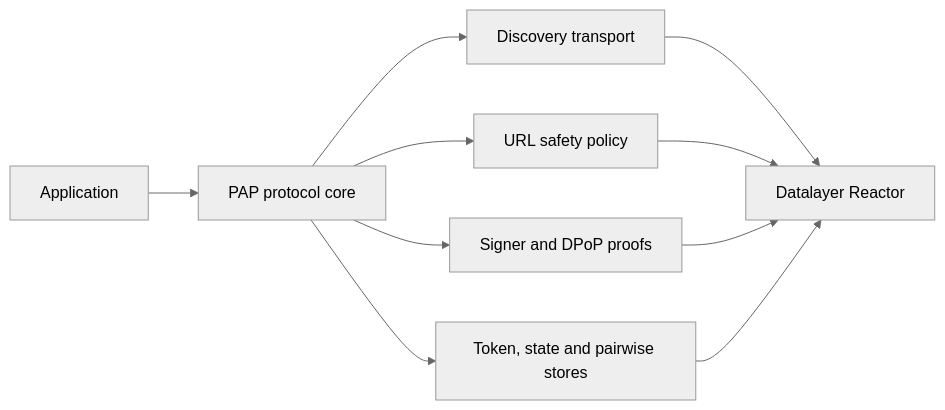
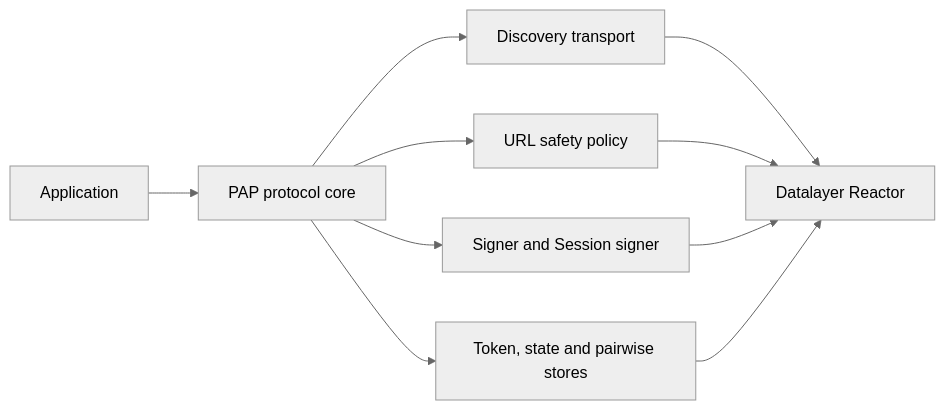
The diagram in docs/docs/concepts/architecture.mdx (datalayer/personal-agent-protocol), drawn with Mermaid (neutral theme) before and after one commit. The commit also changed other lines of this file and 34 other files, not shown here.

Commit message:
Docs: guides, concepts, security, SDK and status pages at draft 0.3; the cryptography guide says what blind signing gives up and what the SDKs do about DPoP; the API references and coverage regenerated

````diff
--- a/docs/docs/concepts/architecture.mdx
+++ b/docs/docs/concepts/architecture.mdx
@@ -20,9 +20,9 @@
 ```mermaid
 flowchart LR
   App[Application] --> SDK[PAP protocol core]
   SDK --> Transport[Discovery transport]
   SDK --> Safety[URL safety policy]
-  SDK --> Keys[Signer and DPoP proofs]
+  SDK --> Keys[Signer and Session signer]
   SDK --> Stores[Token, state and pairwise stores]
   Transport & Safety & Keys & Stores --> Reactor[Datalayer Reactor]
 ```
````
